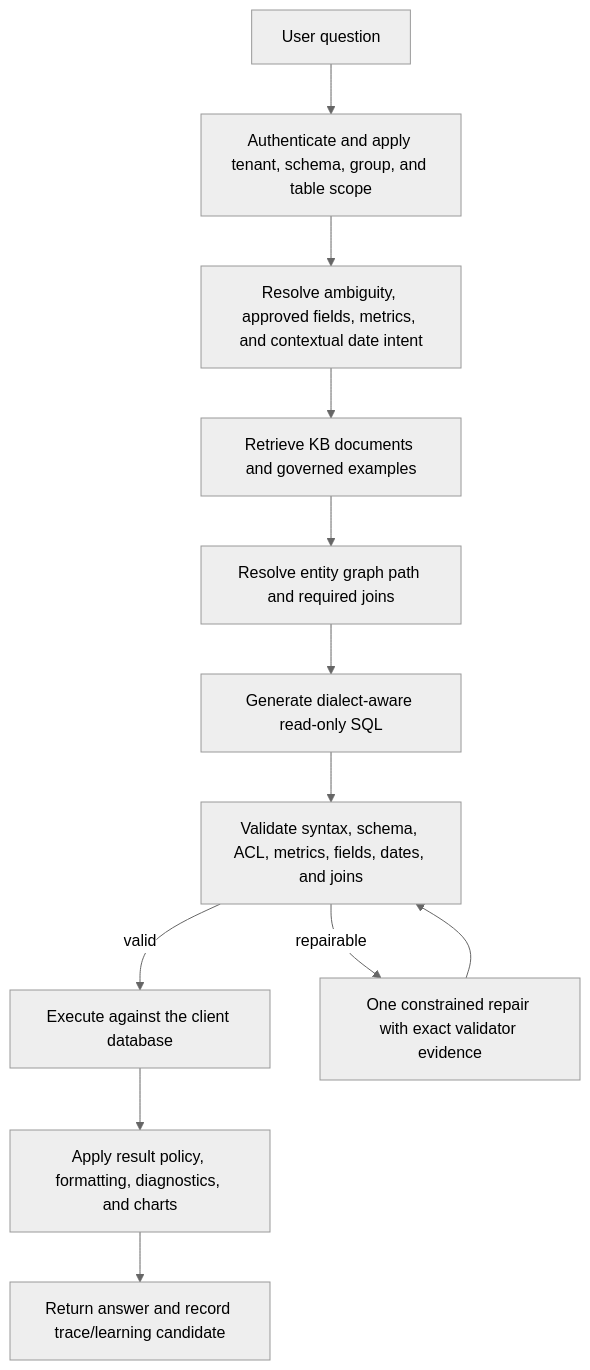
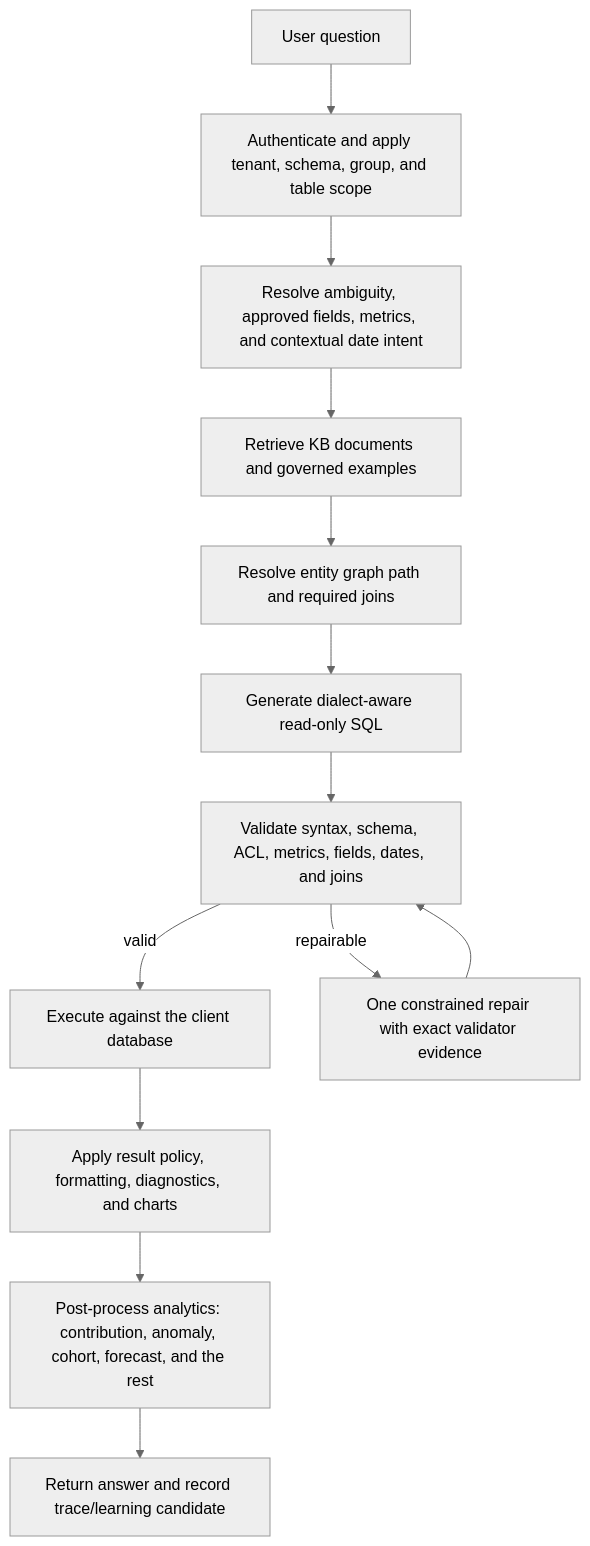
The diagram in README.md (sud-sn/Querybot_v2), drawn with Mermaid (neutral theme) before and after one commit. The commit also changed other lines of this file, not shown here.

````diff
--- a/README.md
+++ b/README.md
@@ -98,14 +132,15 @@
 ```mermaid
 flowchart TD
     A["User question"] --> B["Authenticate and apply tenant, schema, group, and table scope"]
     B --> C["Resolve ambiguity, approved fields, metrics, and contextual date intent"]
     C --> D["Retrieve KB documents and governed examples"]
     D --> E["Resolve entity graph path and required joins"]
     E --> F["Generate dialect-aware read-only SQL"]
     F --> G["Validate syntax, schema, ACL, metrics, fields, dates, and joins"]
     G -->|valid| H["Execute against the client database"]
     G -->|repairable| I["One constrained repair with exact validator evidence"]
     I --> G
     H --> J["Apply result policy, formatting, diagnostics, and charts"]
-    J --> K["Return answer and record trace/learning candidate"]
+    J --> L["Post-process analytics: contribution, anomaly, cohort, forecast, and the rest"]
+    L --> K["Return answer and record trace/learning candidate"]
 ```
````
